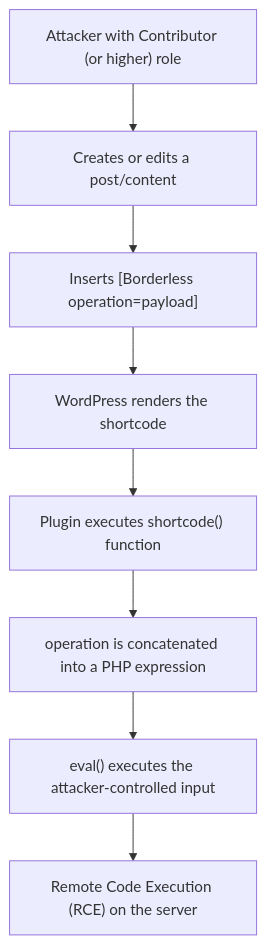
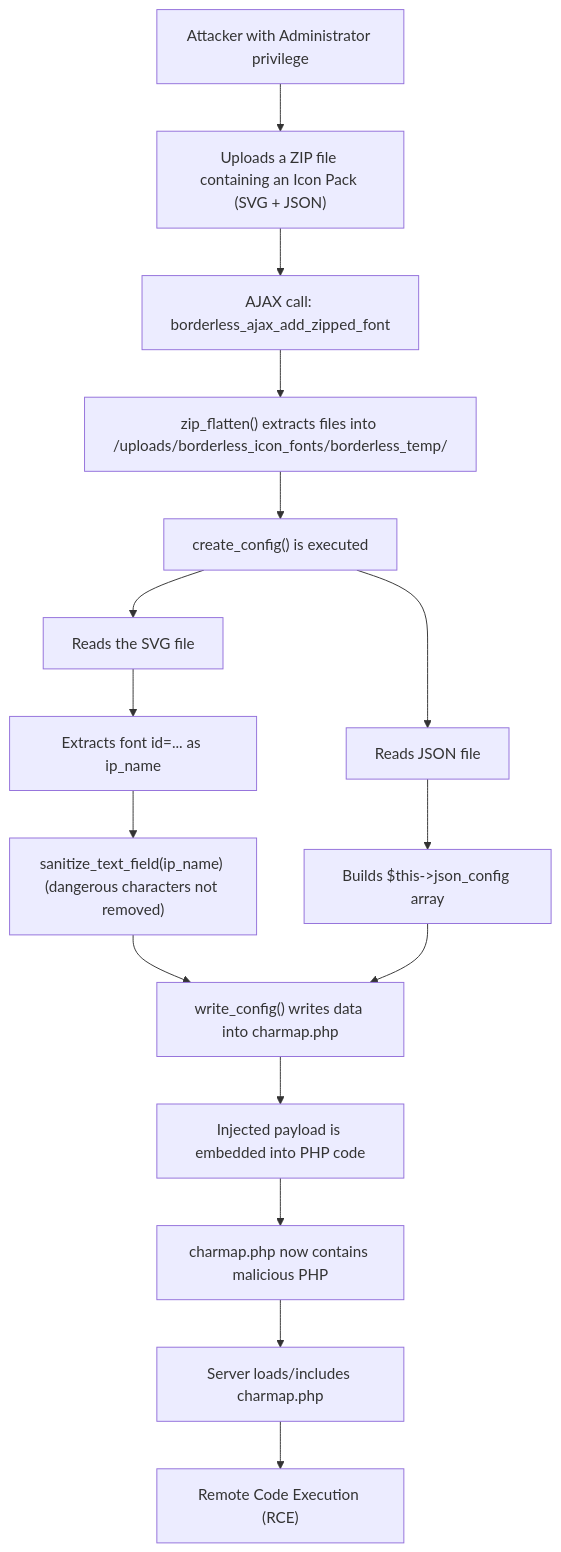
Before and after one commit to w41bu1/w41bu1.github.io: the diagram in content/posts/2025-12-06-CVE-2024-11600/index.vi.md, drawn with Mermaid. The commit also changed other lines of this file and 129 other files, not shown here.

```diff
--- a/content/posts/2025-12-06-CVE-2024-11600/index.vi.md
+++ b/content/posts/2025-12-06-CVE-2024-11600/index.vi.md
@@ -184,11 +385,25 @@
 {{< mermaid >}}
 graph TD
-A["Attacker with Contributor (or higher) role"]
---> B["Creates or edits a post/content"]
---> C["Inserts [Borderless operation=payload]"]
---> D["WordPress renders the shortcode"]
---> E["Plugin executes shortcode() function"]
---> F["operation is concatenated into a PHP expression"]
---> G["eval() executes the attacker‑controlled input"]
---> H["Remote Code Execution (RCE) on the server"]
+A["Attacker with Administrator privilege"]
+--> B["Uploads a ZIP file containing an Icon Pack (SVG + JSON)"]
+
+B --> C["AJAX call: borderless_ajax_add_zipped_font"]
+C --> D["zip_flatten() extracts files into /uploads/borderless_icon_fonts/borderless_temp/"]
+
+D --> E["create_config() is executed"]
+
+E --> F["Reads the SVG file"]
+F --> G["Extracts font id=... as ip_name"]
+G --> H["sanitize_text_field(ip_name) (dangerous characters not removed)"]
+
+E --> I["Reads JSON file"]
+I --> J["Builds $this->json_config array"]
+
+H & J --> K["write_config() writes data into charmap.php"]
+
+K --> L["Injected payload is embedded into PHP code"]
+L --> M["charmap.php now contains malicious PHP"]
+
+M --> N["Server loads/includes charmap.php"]
+N --> O["Remote Code Execution (RCE)"]
 {{< /mermaid >}}
```
